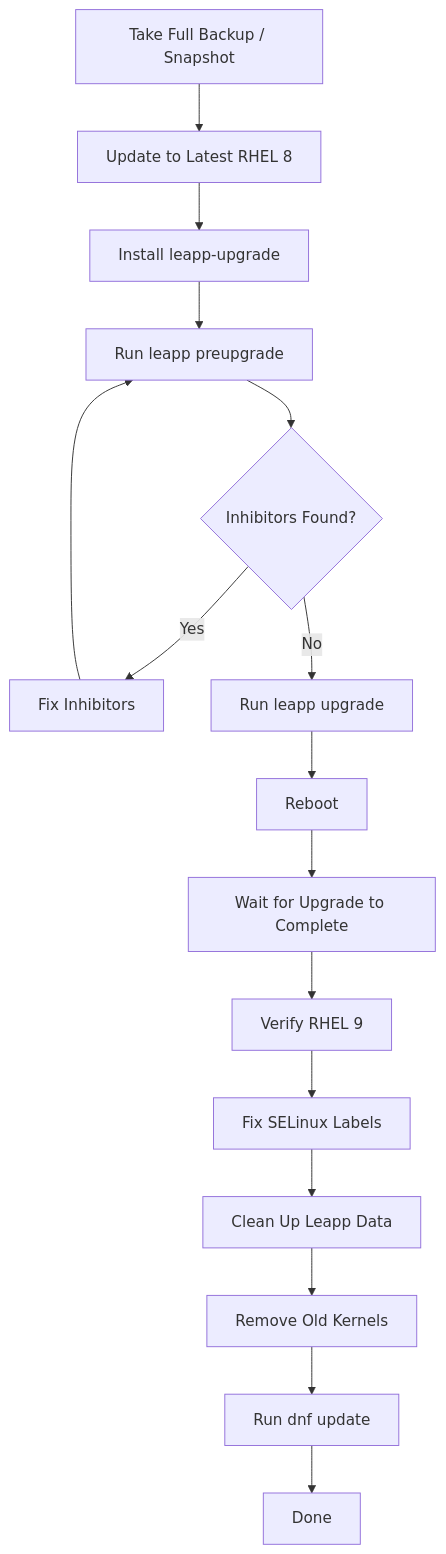
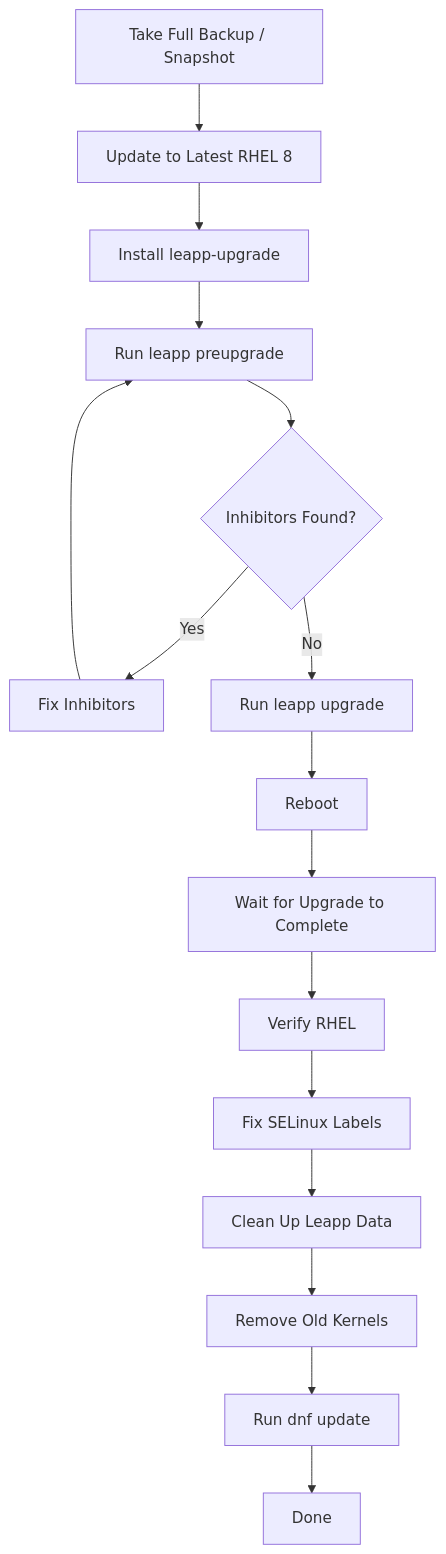
Before and after one commit to OneUptime/blog: the second of 2 diagrams in posts/2026-03-04-upgrade-rhel-8-to-rhel-9-leapp/README.md, drawn with Mermaid. The commit also changed other lines of this file and 4866 other files, not shown here.

````diff
--- a/posts/2026-03-04-upgrade-rhel-8-to-rhel-9-leapp/README.md
+++ b/posts/2026-03-04-upgrade-rhel-8-to-rhel-9-leapp/README.md
@@ -257,18 +257,18 @@
 ```mermaid
 flowchart TD
     A[Take Full Backup / Snapshot] --> B[Update to Latest RHEL 8]
     B --> C[Install leapp-upgrade]
     C --> D[Run leapp preupgrade]
     D --> E{Inhibitors Found?}
     E -->|Yes| F[Fix Inhibitors]
     F --> D
     E -->|No| G[Run leapp upgrade]
     G --> H[Reboot]
     H --> I[Wait for Upgrade to Complete]
-    I --> J[Verify RHEL 9]
+    I --> J[Verify RHEL]
     J --> K[Fix SELinux Labels]
     K --> L[Clean Up Leapp Data]
     L --> M[Remove Old Kernels]
     M --> N[Run dnf update]
     N --> O[Done]
 ```
````
